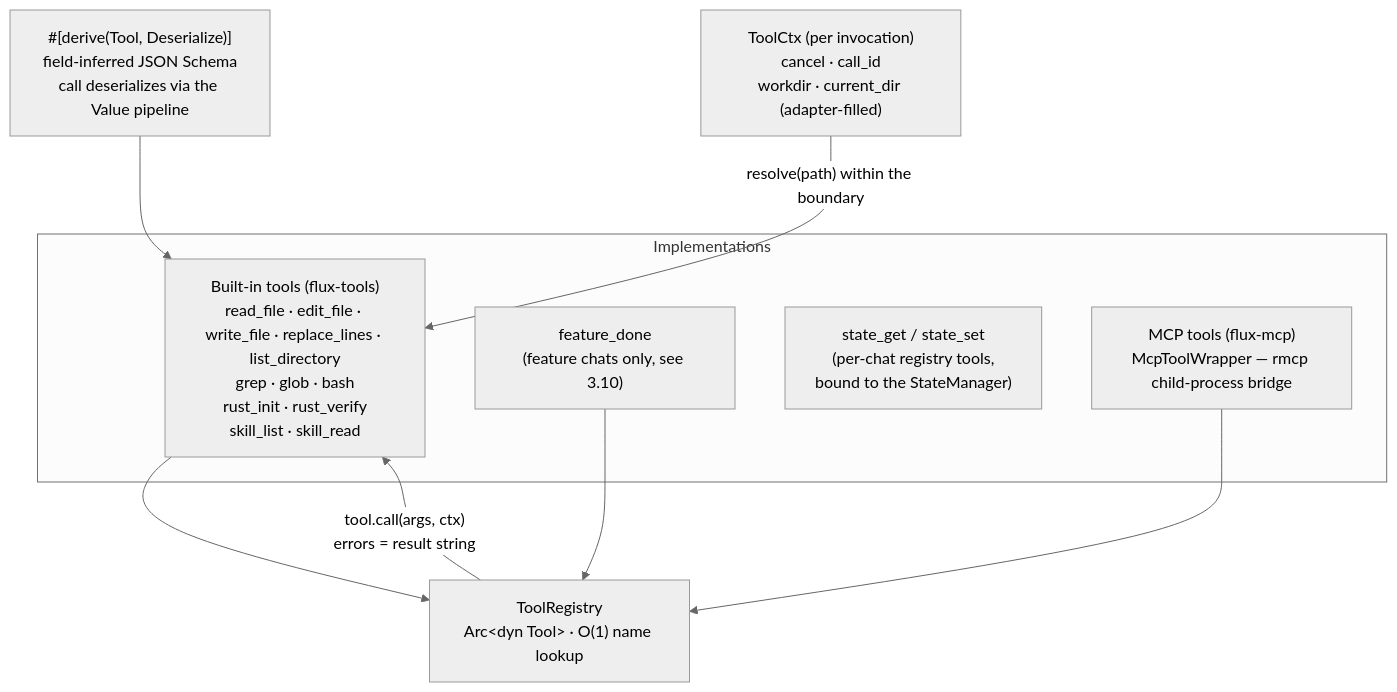
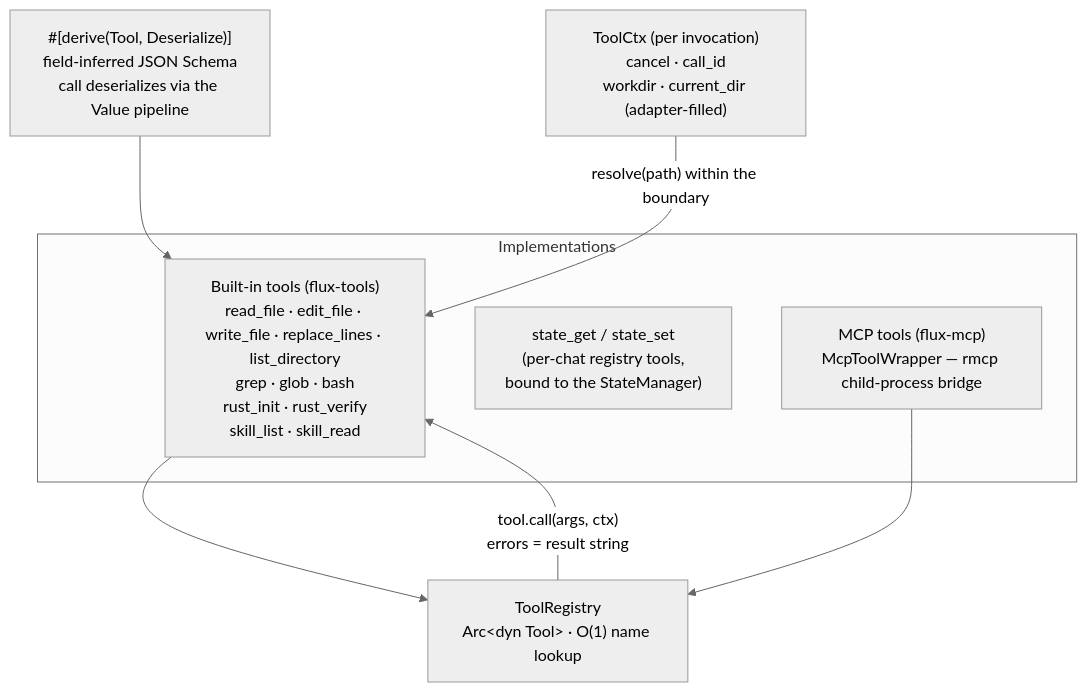
One commit to km0e/flux changed the fifth of 8 diagrams in docs/architecture-en.md. Above: the diagram before and after it, drawn with Mermaid (neutral theme). The commit also changed other lines of this file and 69 other files, not shown here.

````diff
--- a/docs/architecture-en.md
+++ b/docs/architecture-en.md
@@ -237,18 +234,16 @@
 ```mermaid
 graph TB
  MACRO["#[derive(Tool, Deserialize)]<br/>field-inferred JSON Schema<br/>call deserializes via the Value pipeline"]
  subgraph IMPL["Implementations"]
  BUILTIN["Built-in tools (flux-tools)<br/>read_file · edit_file · write_file · replace_lines · list_directory<br/>grep · glob · bash<br/>rust_init · rust_verify<br/>skill_list · skill_read"]
- FEAT["feature_done<br/>(feature chats only, see 3.10)"]
  STATE["state_get / state_set<br/>(per-chat registry tools,<br/>bound to the StateManager)"]
  MCPT["MCP tools (flux-mcp)<br/>McpToolWrapper — rmcp child-process bridge"]
  end
  REG["ToolRegistry<br/>Arc&lt;dyn Tool&gt; · O(1) name lookup"]
  CTX["ToolCtx (per invocation)<br/>cancel · call_id<br/>workdir · current_dir (adapter-filled)"]
  MACRO --> BUILTIN
  BUILTIN --> REG
- FEAT --> REG
  MCPT --> REG
  REG -->|"tool.call(args, ctx)<br/>errors = result string"| BUILTIN
  CTX -->|"resolve(path) within the boundary"| BUILTIN
 ```
````
